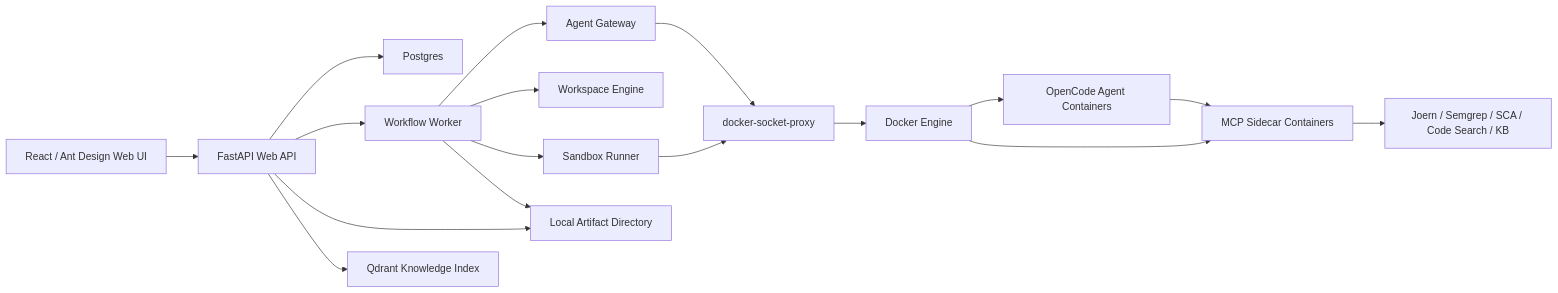
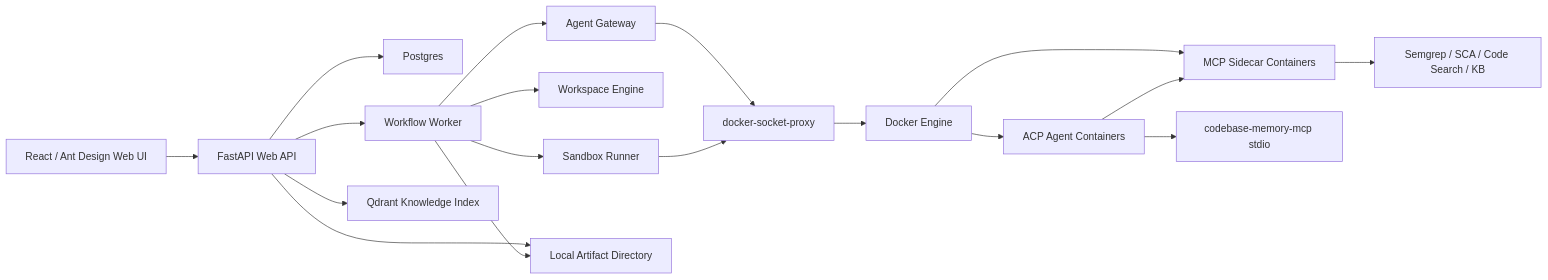
The diagram in README.md (D1no209/DieAudit), drawn with Mermaid before and after one commit. The commit also changed other lines of this file and 197 other files, not shown here.

Commit message:
Replace Joern graph flow with codebase-memory ACP MCP

````diff
--- a/README.md
+++ b/README.md
@@ -34,19 +37,20 @@
 ```mermaid
 flowchart LR
   UI["React / Ant Design Web UI"] --> API["FastAPI Web API"]
   API --> DB["Postgres"]
   API --> Worker["Workflow Worker"]
   Worker --> Gateway["Agent Gateway"]
   Worker --> Workspace["Workspace Engine"]
   Worker --> Sandbox["Sandbox Runner"]
   Gateway --> DockerProxy["docker-socket-proxy"]
   Sandbox --> DockerProxy
   DockerProxy --> Docker["Docker Engine"]
-  Docker --> Agents["OpenCode Agent Containers"]
+  Docker --> Agents["ACP Agent Containers"]
   Docker --> MCP["MCP Sidecar Containers"]
   Agents --> MCP
-  MCP --> Tools["Joern / Semgrep / SCA / Code Search / KB"]
+  Agents --> CBM["codebase-memory-mcp stdio"]
+  MCP --> Tools["Semgrep / SCA / Code Search / KB"]
   API --> Artifacts["Local Artifact Directory"]
   Worker --> Artifacts
   API --> Qdrant["Qdrant Knowledge Index"]
 ```
````
